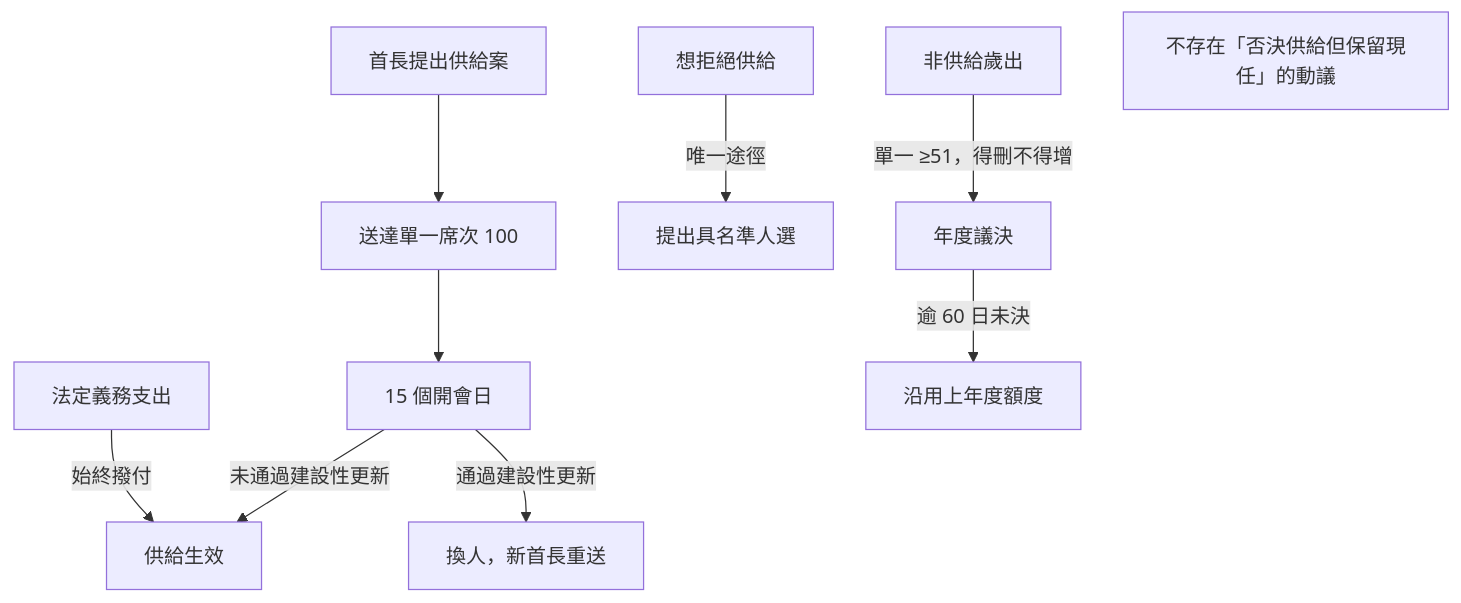
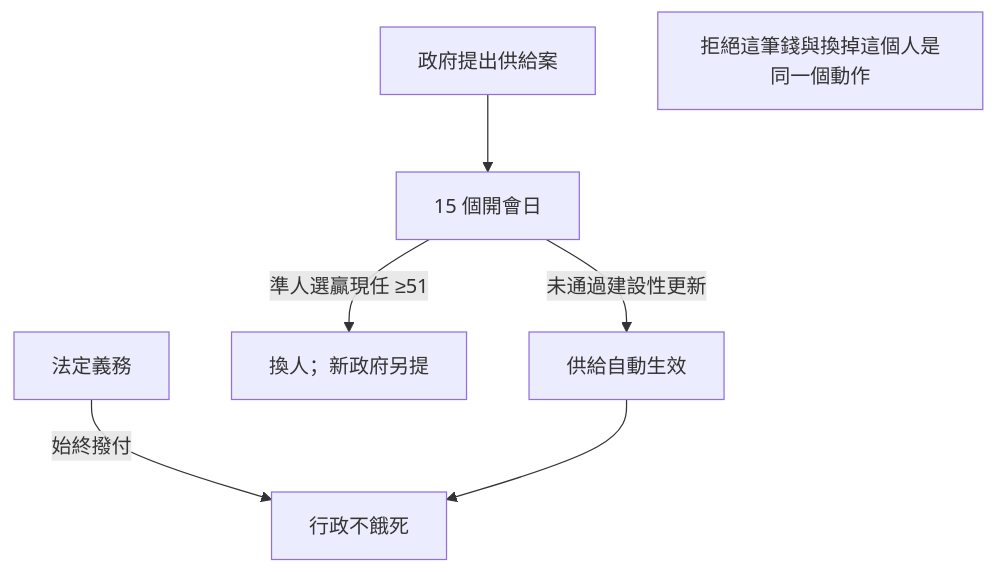
Before and after one commit to IRonROOT578/Political-Economy-Research-Public: the fourth of 10 diagrams in topics/regime-designs/designs/台灣/一院議會制/憲政架構圖.md, drawn with Mermaid. The commit also changed other lines of this file and 128 other files, not shown here.

````diff
--- a/topics/regime-designs/designs/台灣/一院議會制/憲政架構圖.md
+++ b/topics/regime-designs/designs/台灣/一院議會制/憲政架構圖.md
@@ -56,12 +54,9 @@
 ```mermaid
 flowchart TD
-  Gov[首長提出供給案] --> Send[送達單一席次 100]
-  Send --> Wait[15 個開會日]
-  Wait -->|未通過建設性更新| Live[供給生效]
-  Wait -->|通過建設性更新| Change[換人，新首長重送]
-  Reject[想拒絕供給] -->|唯一途徑| Sign[提出具名準人選]
-  Obl[法定義務支出] -->|始終撥付| Live
-  Rest[非供給歲出] -->|單一 ≥51，得刪不得增| Year[年度議決]
-  Year -->|逾 60 日未決| Roll[沿用上年度額度]
-  NoOnly[不存在「否決供給但保留現任」的動議]
+  Gov[政府提出供給案] --> Clock[15 個開會日]
+  Clock -->|未通過建設性更新| Auto[供給自動生效]
+  Clock -->|準人選贏現任 ≥51| Swap[換人；新政府另提]
+  Obl[法定義務] -->|始終撥付| Live[行政不餓死]
+  Auto --> Live
+  Note[拒絕這筆錢與換掉這個人是同一個動作]
 ```
````
